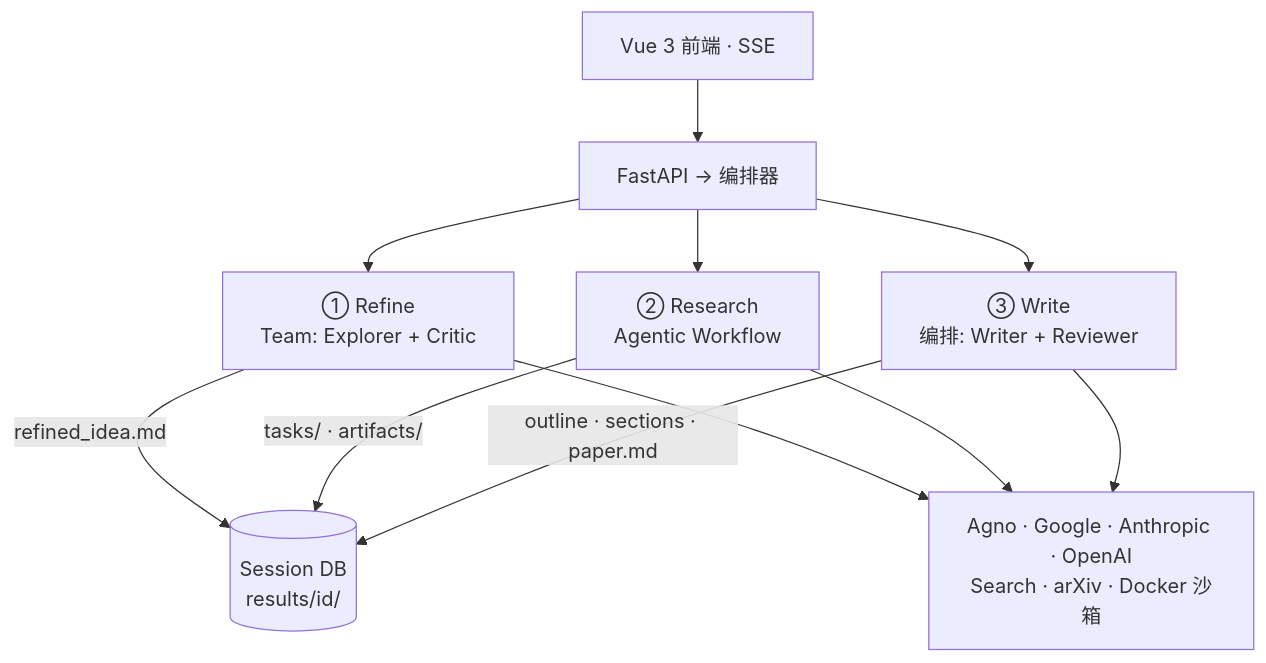
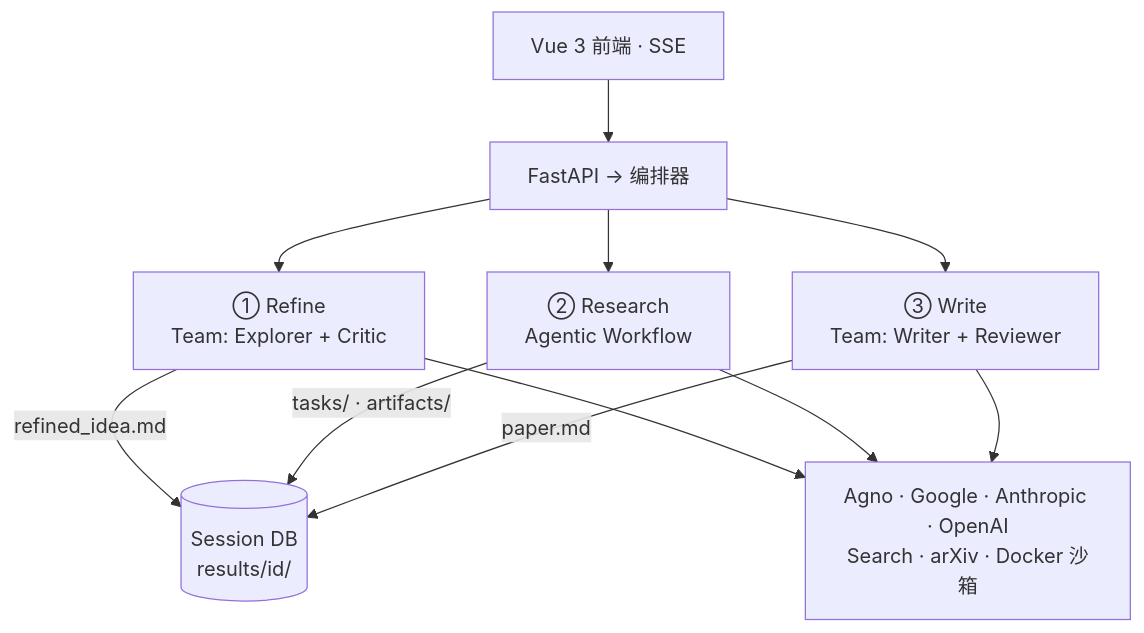
Before and after one commit to dozybot001/MAARS: the second of 5 diagrams in docs/CN/architecture.md, drawn with Mermaid. The commit also changed other lines of this file and 2 other files, not shown here.

````diff
--- a/docs/CN/architecture.md
+++ b/docs/CN/architecture.md
@@ -66,15 +66,15 @@
 ```mermaid
 flowchart TB
     UI["Vue 3 前端 · SSE"] --> API["FastAPI → 编排器"]
 
     API --> REF["① Refine\nTeam: Explorer + Critic"]
     API --> RES["② Research\nAgentic Workflow"]
-    API --> WRI["③ Write\n编排: Writer + Reviewer"]
+    API --> WRI["③ Write\nTeam: Writer + Reviewer"]
 
     REF -- "refined_idea.md" --> DB
     RES -- "tasks/ · artifacts/" --> DB
-    WRI -- "outline · sections · paper.md" --> DB
+    WRI -- "paper.md" --> DB
     DB[(Session DB\nresults/id/)]
 
     REF & RES & WRI --> AGNO["Agno · Google · Anthropic · OpenAI\nSearch · arXiv · Docker 沙箱"]
 ```
````
